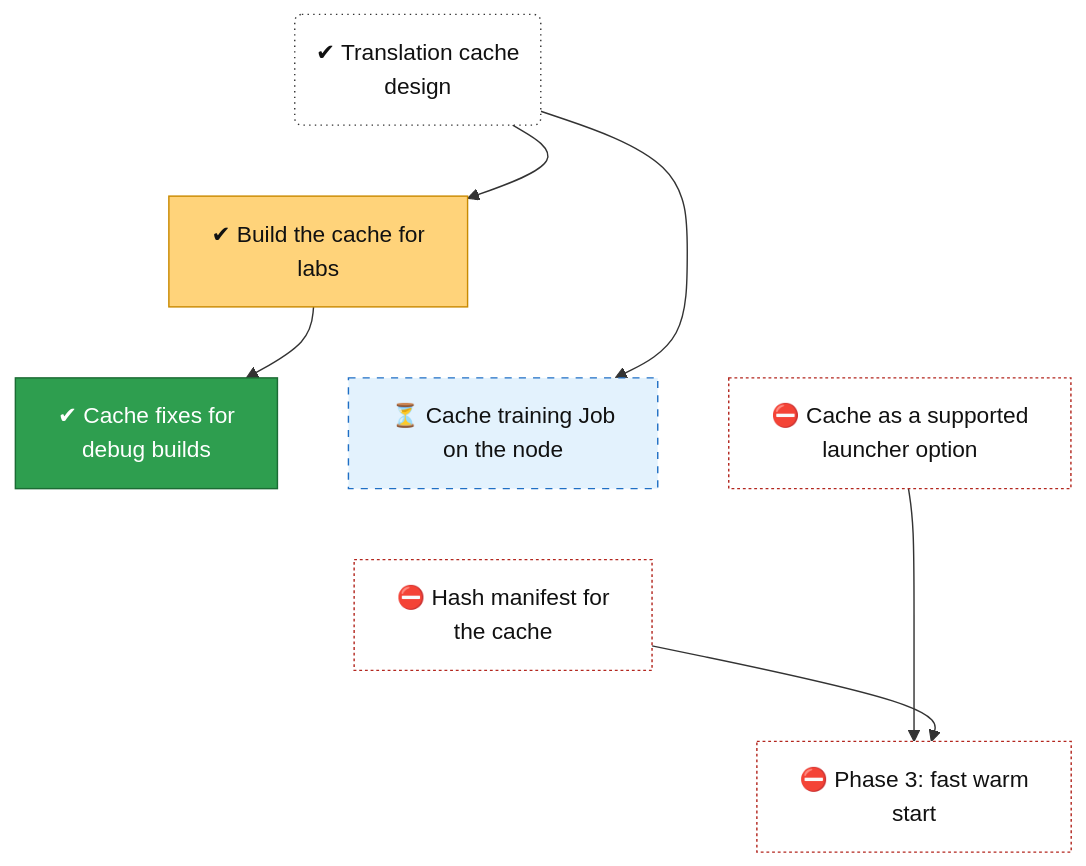
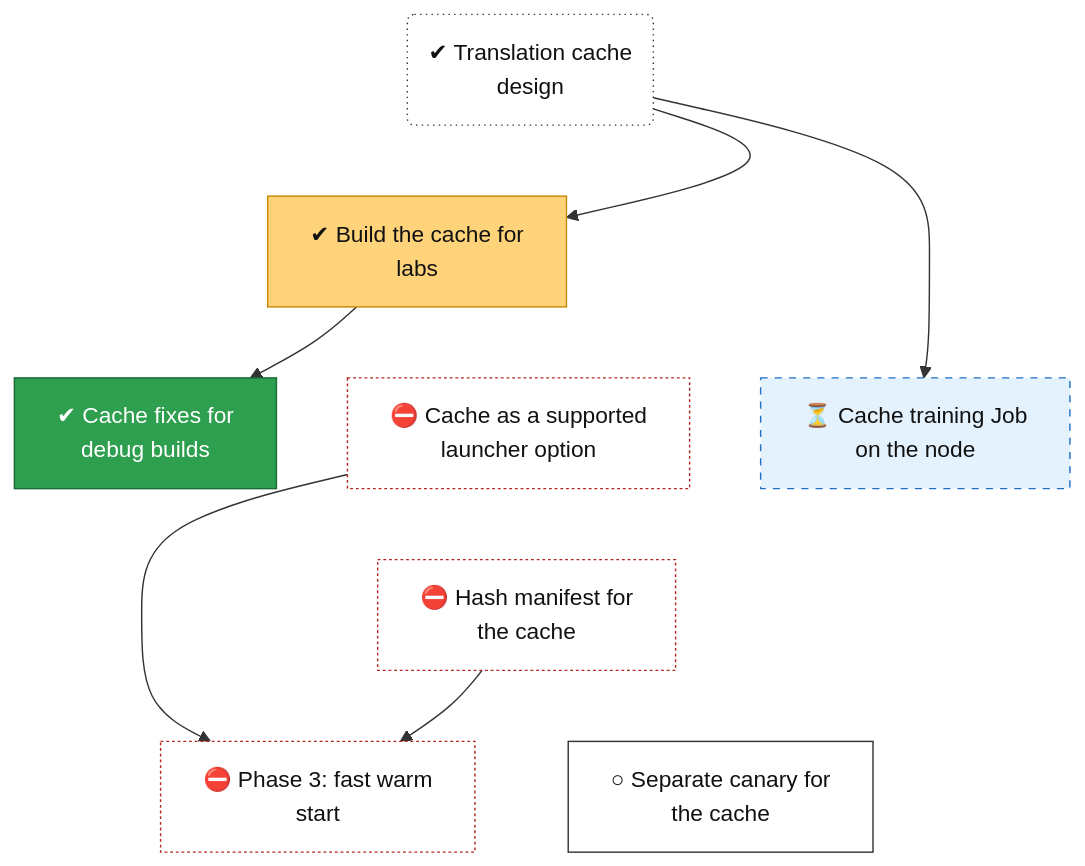
The diagram in docs/roadmap/tracks/cache.md (lhns/v3compat), drawn with Mermaid before and after one commit. The commit also changed other lines of this file and 14 other files, not shown here.

First line of the commit message:
Traces off by default; canary drops the cache; roadmap (#96)

````diff
--- a/docs/roadmap/tracks/cache.md
+++ b/docs/roadmap/tracks/cache.md
@@ -10,42 +10,45 @@
 ```mermaid
 flowchart TB
     cache_design("✔ Translation cache<br/>design")
     cache_phase2["✔ Build the cache for<br/>labs"]
     cache_debug_fix["✔ Cache fixes for<br/>debug builds"]
     cache_training_job["⏳ Cache training Job<br/>on the node"]
     cache_supported_option["⛔ Cache as a supported<br/>launcher option"]
     cache_integrity["⛔ Hash manifest for<br/>the cache"]
     cache_phase3_gate["⛔ Phase 3: fast warm<br/>start"]
+    cache_canary_run["○ Separate canary for<br/>the cache"]
     cache_design ~~~ cache_phase2
     cache_phase2 ~~~ cache_debug_fix
     cache_phase2 ~~~ cache_training_job
     cache_phase2 ~~~ cache_supported_option
     cache_debug_fix ~~~ cache_integrity
     cache_training_job ~~~ cache_integrity
     cache_supported_option ~~~ cache_integrity
     cache_integrity ~~~ cache_phase3_gate
+    cache_integrity ~~~ cache_canary_run
     cache_design --> cache_phase2
     cache_phase2 --> cache_debug_fix
     cache_design --> cache_training_job
     cache_supported_option --> cache_phase3_gate
     cache_integrity --> cache_phase3_gate
     classDef vsucc fill:#2e9e4f,stroke:#1b6b34,color:#fff
     classDef succ fill:#bfe8c8,stroke:#2e9e4f,color:#111
     classDef mixed fill:#ffd37a,stroke:#c98a00,color:#111
     classDef bad fill:#f28b82,stroke:#b3261e,color:#111
     classDef dead fill:#e6e6e6,stroke:#777,stroke-dasharray:5 5,color:#555
     classDef inprog fill:#a8cdf5,stroke:#1f6fc5,color:#111
     classDef next fill:#fff,stroke:#333,color:#111
     classDef blocked fill:#fff,stroke:#b3261e,stroke-dasharray:2 2,color:#111
     classDef parked fill:#f3f3f3,stroke:#999,color:#555
     classDef unrated fill:#fff,stroke:#333,stroke-dasharray:1 3,color:#111
     classDef gate fill:#d9c2f0,stroke:#7b3fb5,color:#111
     classDef decided fill:#ece0f7,stroke:#7b3fb5,stroke-dasharray:2 2,color:#111
     classDef finding fill:#ffe0b2,stroke:#d84315,stroke-width:2px,color:#111
     classDef waiting fill:#e3f2fd,stroke:#1f6fc5,stroke-dasharray:5 5,color:#111
     class cache_design unrated
     class cache_phase2 mixed
     class cache_debug_fix vsucc
     class cache_training_job waiting
     class cache_supported_option,cache_integrity,cache_phase3_gate blocked
+    class cache_canary_run next
 ```
````
